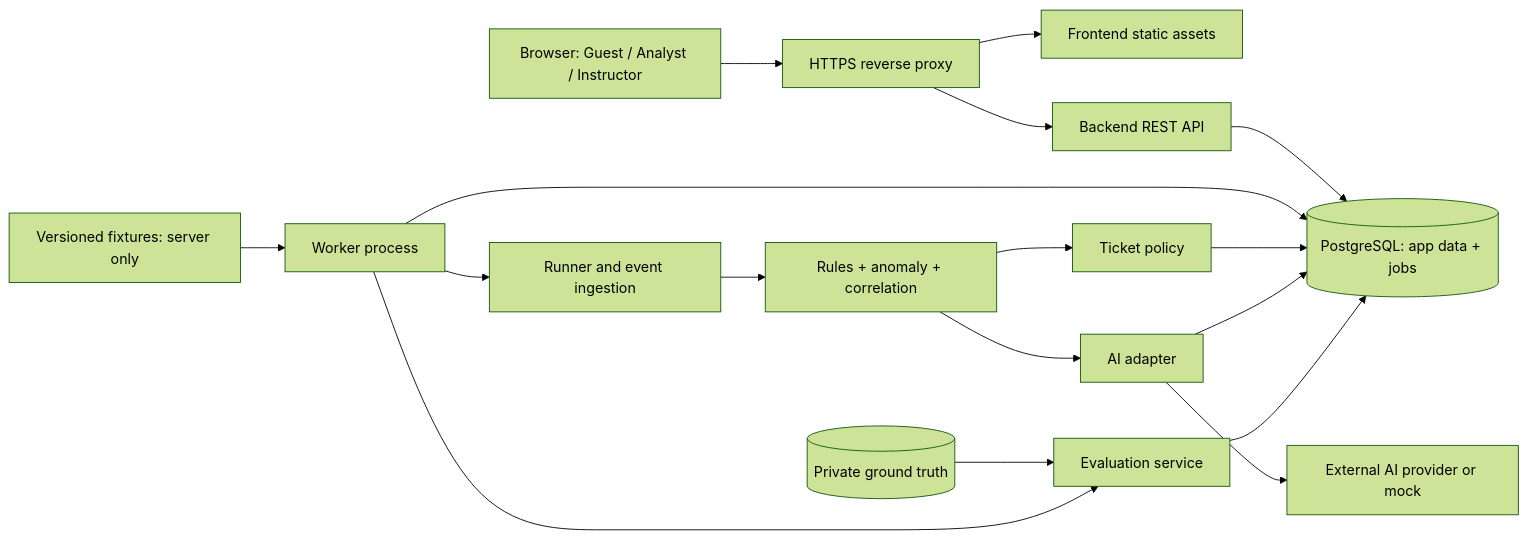
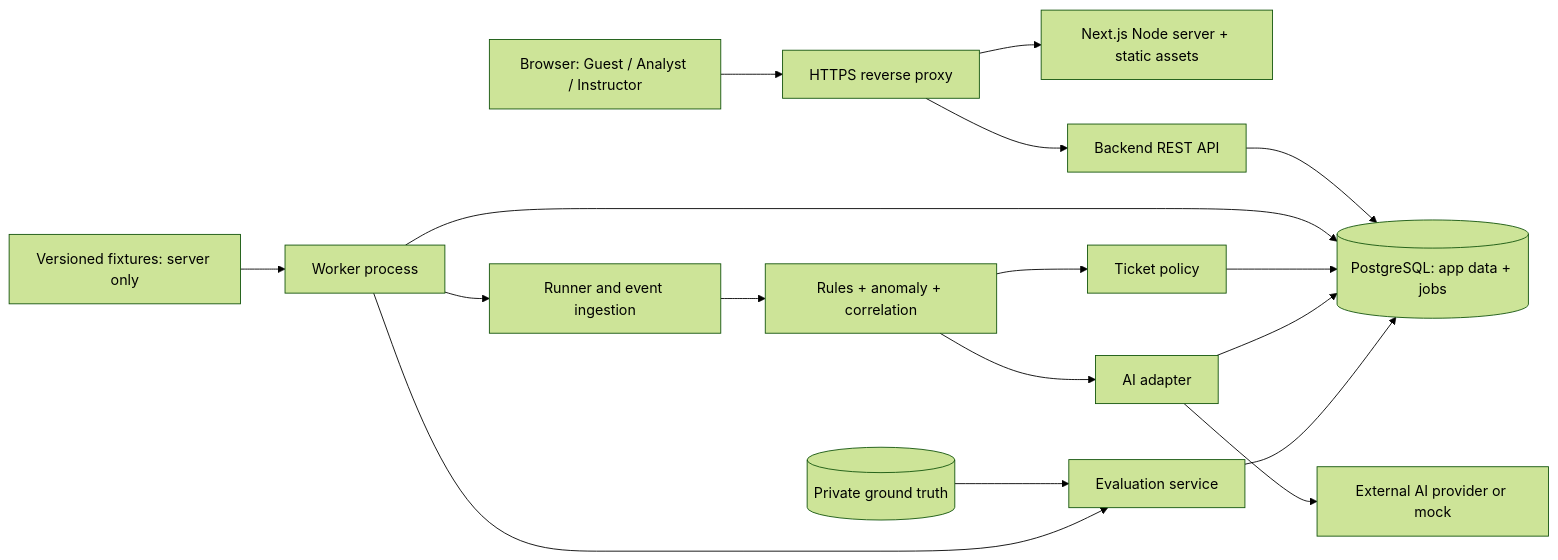
The first of 2 diagrams in docs/architecture.md (IMLV1/SOC), drawn with Mermaid (forest theme) before and after one commit. The commit also changed other lines of this file and 7 other files, not shown here.

````diff
--- a/docs/architecture.md
+++ b/docs/architecture.md
@@ -37,19 +42,19 @@
 ```mermaid
 flowchart LR
     B[Browser: Guest / Analyst / Instructor] --> P[HTTPS reverse proxy]
-    P --> UI[Frontend static assets]
+    P --> UI[Next.js Node server + static assets]
     P --> API[Backend REST API]
     API --> DB[(PostgreSQL: app data + jobs)]
     W[Worker process] --> DB
     F[Versioned fixtures: server only] --> W
     W --> R[Runner and event ingestion]
     R --> D[Rules + anomaly + correlation]
     D --> T[Ticket policy]
     D --> A[AI adapter]
     A --> EXT[External AI provider or mock]
     T --> DB
     A --> DB
     E[Evaluation service] --> DB
     G[(Private ground truth)] --> E
     W --> E
 ```
````
